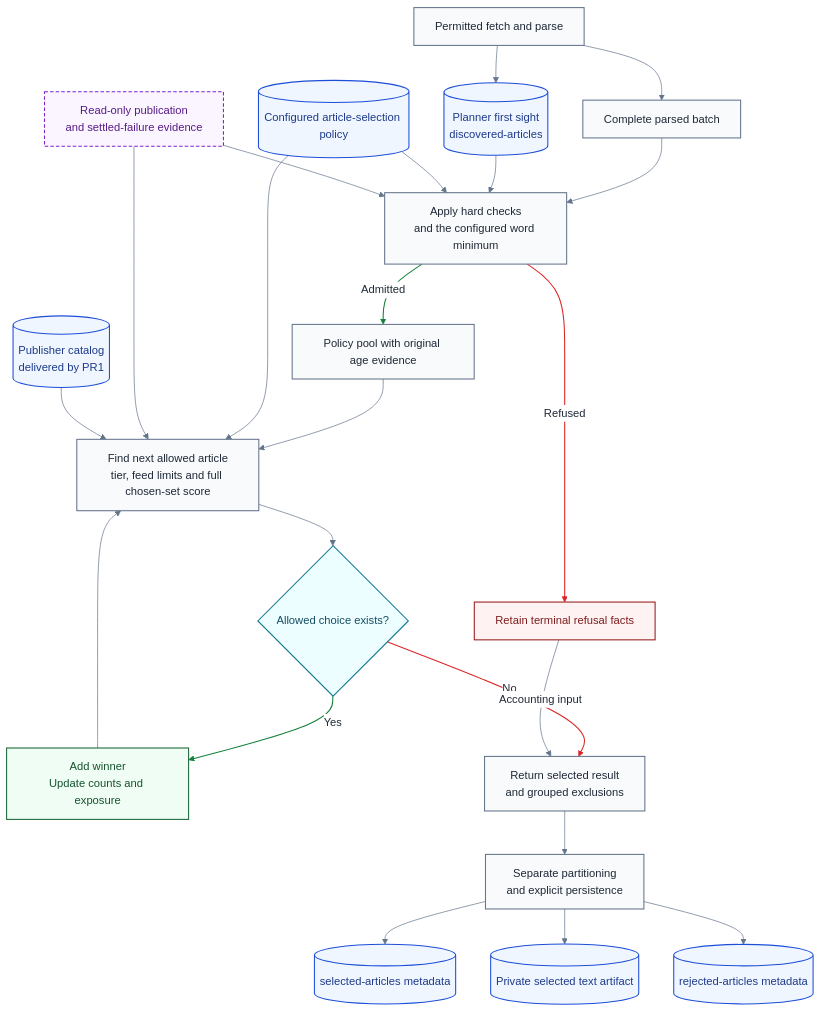
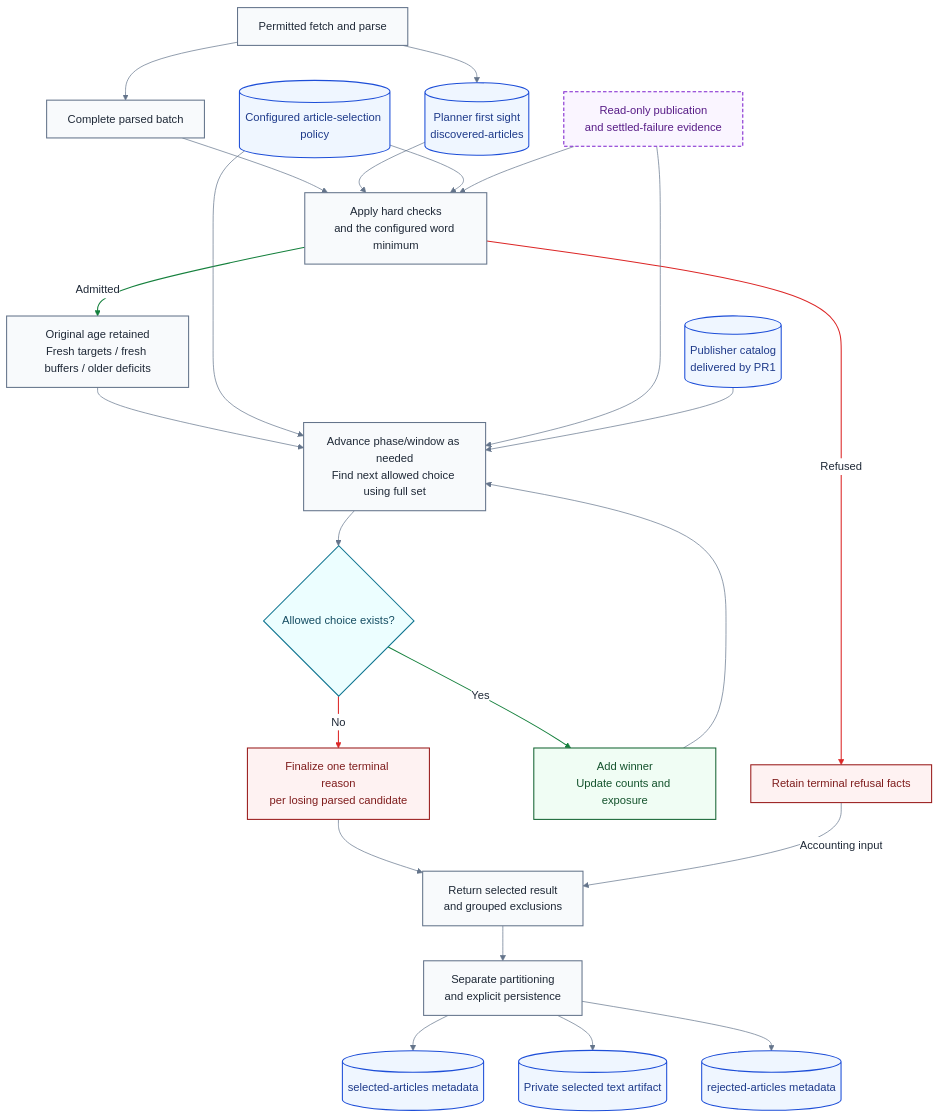
One commit to miztiik/yen-idhazh changed the diagram in TODO/20261026-feed-quality-selection-plan.md. Above: the diagram before and after it, drawn with Mermaid. The commit also changed other lines of this file, not shown here.

Commit message:
docs: finalize publisher-first selection plan

````diff
--- a/TODO/20261026-feed-quality-selection-plan.md
+++ b/TODO/20261026-feed-quality-selection-plan.md
@@ -74,42 +101,43 @@
 ```mermaid
 %%{init: {"theme": "base", "themeVariables": {"fontFamily": "sans-serif", "primaryColor": "#f8fafc", "primaryTextColor": "#1f2937", "primaryBorderColor": "#64748b", "lineColor": "#64748b", "textColor": "#1f2937", "clusterBkg": "#f8fafc", "clusterBorderColor": "#94a3b8", "edgeLabelBackground": "#ffffff"}}}%%
 flowchart TD
   FETCH["Permitted fetch and parse"] --> BATCH["Complete parsed batch"]
   FETCH --> FIRST[("Planner first sight<br/>discovered-articles")]
   BATCH --> GATES["Apply hard checks<br/>and the configured word minimum"]
   FIRST --> GATES
   POLICY[("Configured article-selection policy")] --> GATES
   PUBLICATION["Read-only publication<br/>and settled-failure evidence"] --> GATES
-  GATES -->|"Admitted"| POOL["Policy pool with original age evidence"]
+  GATES -->|"Admitted"| POOL["Original age retained<br/>Fresh targets / fresh buffers / older deficits"]
   GATES -->|"Refused"| DROPS["Retain terminal refusal facts"]
-  POOL --> CHOOSE["Find next allowed article<br/>tier, feed limits and full chosen-set score"]
+  POOL --> CHOOSE["Advance phase/window as needed<br/>Find next allowed choice using full set"]
   POLICY --> CHOOSE
   PUBLICATION --> CHOOSE
   CHOOSE --> FOUND{"Allowed choice exists?"}
   FOUND -->|"Yes"| ADD["Add winner<br/>Update counts and exposure"]
   ADD --> CHOOSE
-  FOUND -->|"No"| RESULT["Return selected result<br/>and grouped exclusions"]
+  FOUND -->|"No"| FINAL["Finalize one terminal reason<br/>per losing parsed candidate"]
+  FINAL --> RESULT["Return selected result<br/>and grouped exclusions"]
   DROPS -->|"Accounting input"| RESULT
   RESULT --> LATER["Separate partitioning<br/>and explicit persistence"]
   LATER --> META[("selected-articles metadata")]
   LATER --> TEXT[("Private selected text artifact")]
   LATER --> REJECTED[("rejected-articles metadata")]
   PUBLISHERS[("Publisher catalog<br/>delivered by PR1")] --> CHOOSE
 
   classDef stage fill:#f8fafc,stroke:#64748b,stroke-width:1.5px,color:#1f2937;
   classDef decision fill:#ecfeff,stroke:#0e7490,stroke-width:1.5px,color:#164e63;
   classDef yes fill:#f0fdf4,stroke:#166534,stroke-width:1.5px,color:#14532d;
   classDef no fill:#fef2f2,stroke:#991b1b,stroke-width:1.5px,color:#7f1d1d;
   classDef ledger fill:#eff6ff,stroke:#1d4ed8,stroke-width:1.5px,color:#1e3a8a;
   classDef ext fill:#faf5ff,stroke:#7e22ce,stroke-width:1.5px,stroke-dasharray:5 3,color:#581c87;
 
   class FETCH,BATCH,GATES,POOL,CHOOSE,RESULT,LATER stage;
   class FOUND decision;
   class ADD yes;
-  class DROPS no;
+  class DROPS,FINAL no;
   class FIRST,POLICY,META,TEXT,REJECTED,PUBLISHERS ledger;
   class PUBLICATION ext;
 
   linkStyle 6,12 stroke:#15803d,stroke-width:1.5px;
   linkStyle 7,14 stroke:#dc2626,stroke-width:1.5px;
 ```
````
